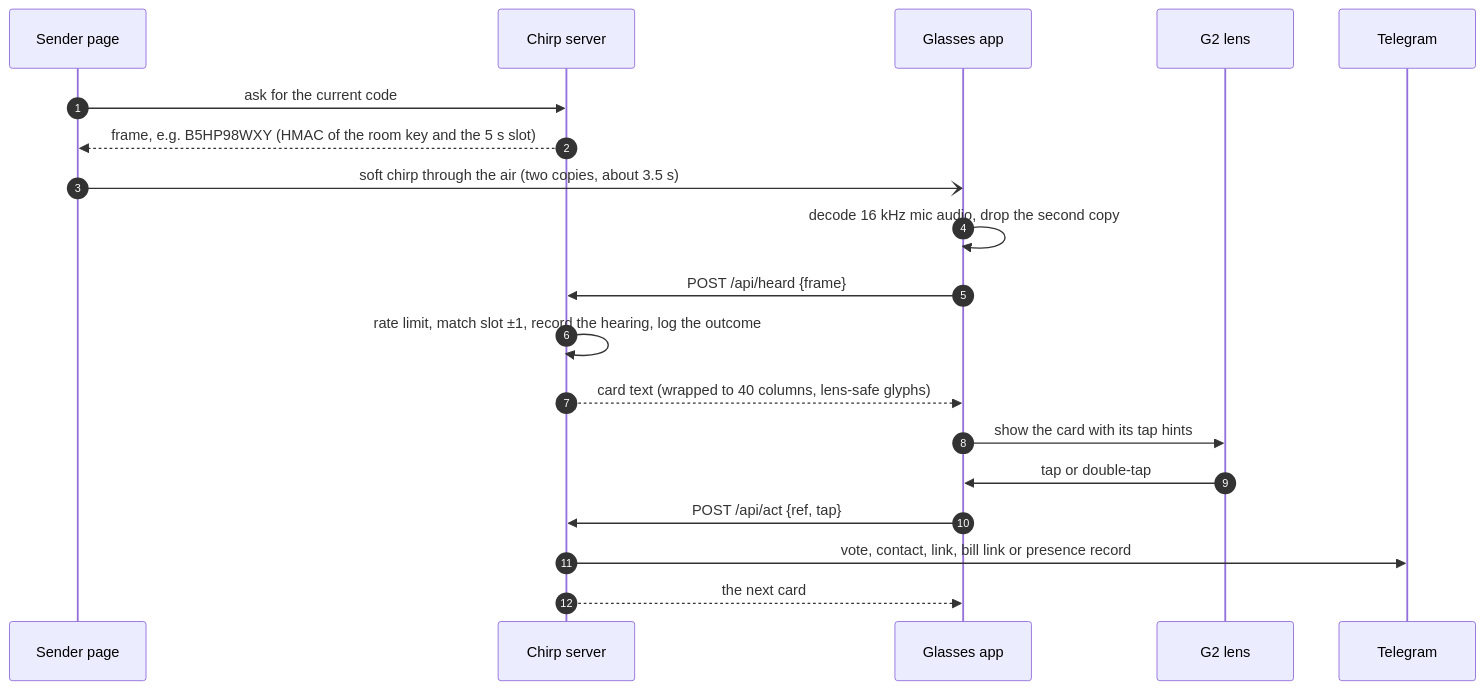
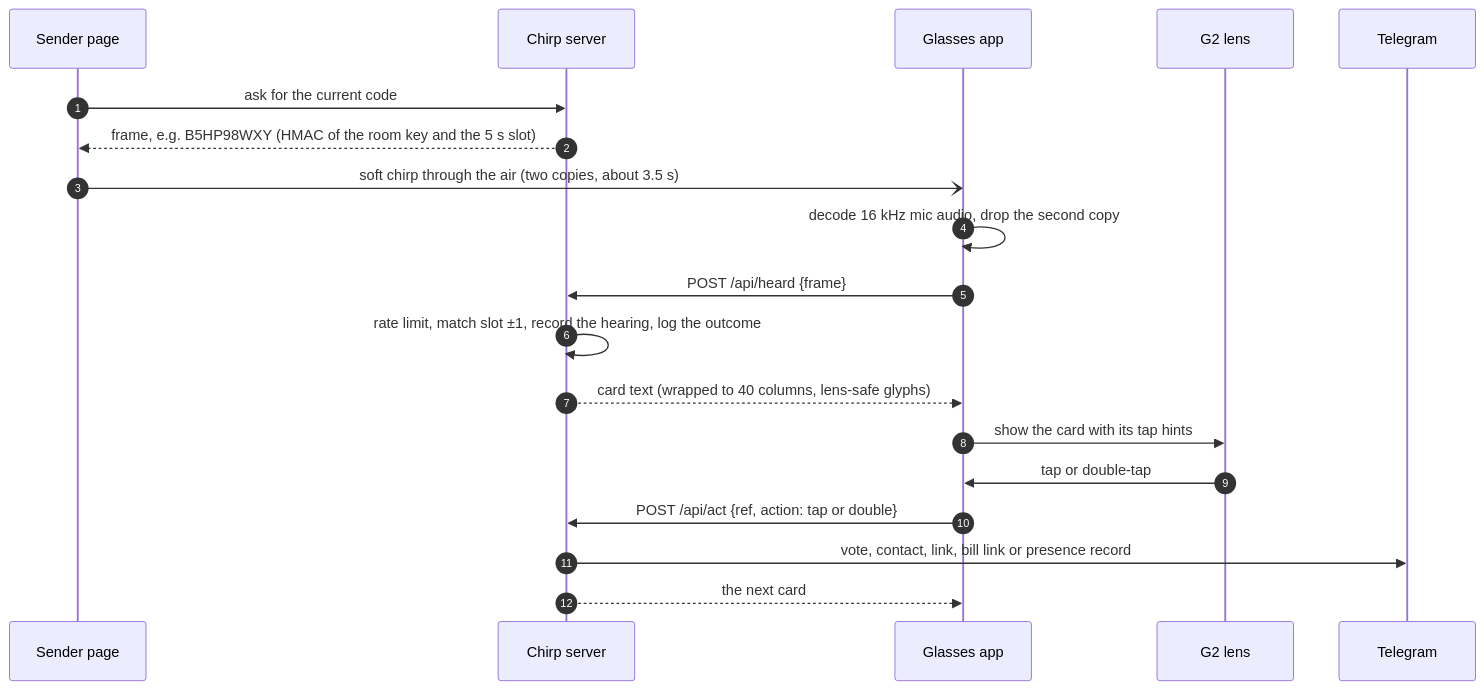
One commit to subheeksh5599/chirp changed the second of 2 diagrams in README.md. Above: the diagram before and after it, drawn with Mermaid. The commit also changed other lines of this file, not shown here.

Commit message:
README: fix lens strings, stale claims and the act request body

````diff
--- a/README.md
+++ b/README.md
@@ -242,22 +242,22 @@
 ```mermaid
 sequenceDiagram
   autonumber
   participant S as Sender page
   participant API as Chirp server
   participant G as Glasses app
   participant L as G2 lens
   participant T as Telegram
 
   S->>API: ask for the current code
   API-->>S: frame, e.g. B5HP98WXY (HMAC of the room key and the 5 s slot)
   S-)G: soft chirp through the air (two copies, about 3.5 s)
   G->>G: decode 16 kHz mic audio, drop the second copy
   G->>API: POST /api/heard {frame}
   API->>API: rate limit, match slot ±1, record the hearing, log the outcome
   API-->>G: card text (wrapped to 40 columns, lens-safe glyphs)
   G->>L: show the card with its tap hints
   L->>G: tap or double-tap
-  G->>API: POST /api/act {ref, tap}
+  G->>API: POST /api/act {ref, action: tap or double}
   API->>T: vote, contact, link, bill link or presence record
   API-->>G: the next card
 ```
````
